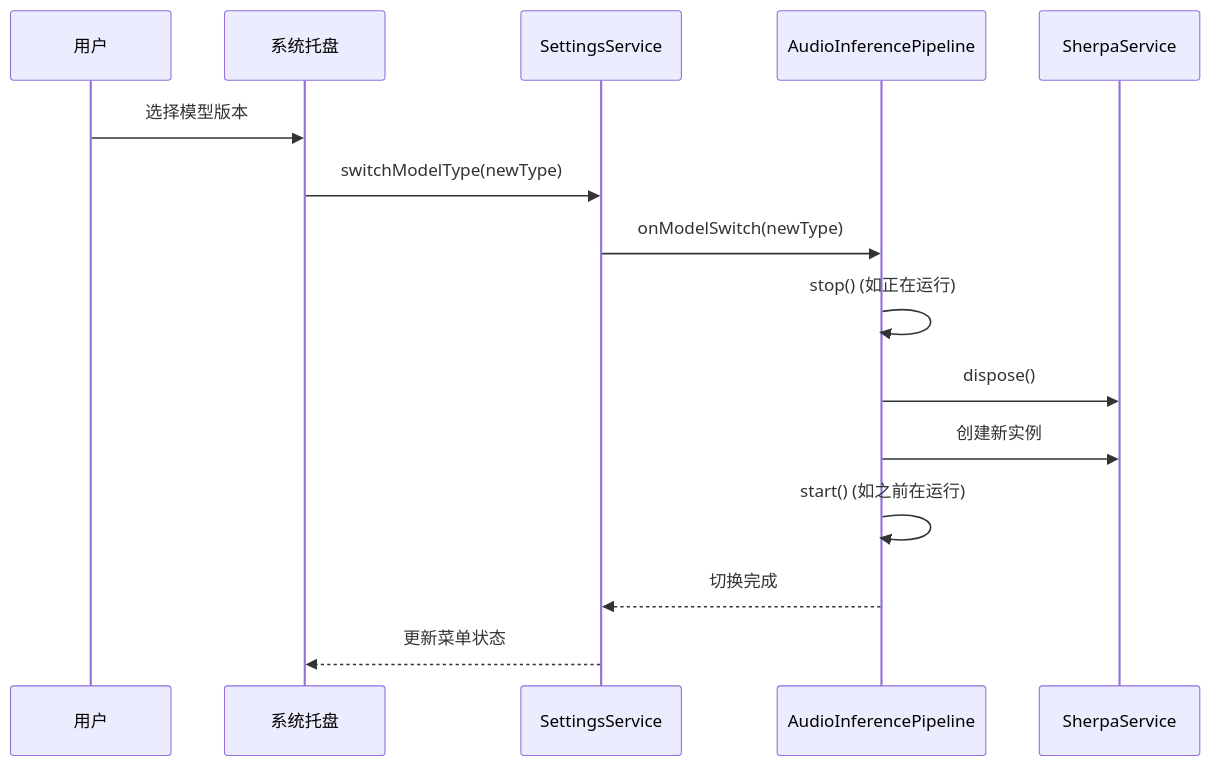
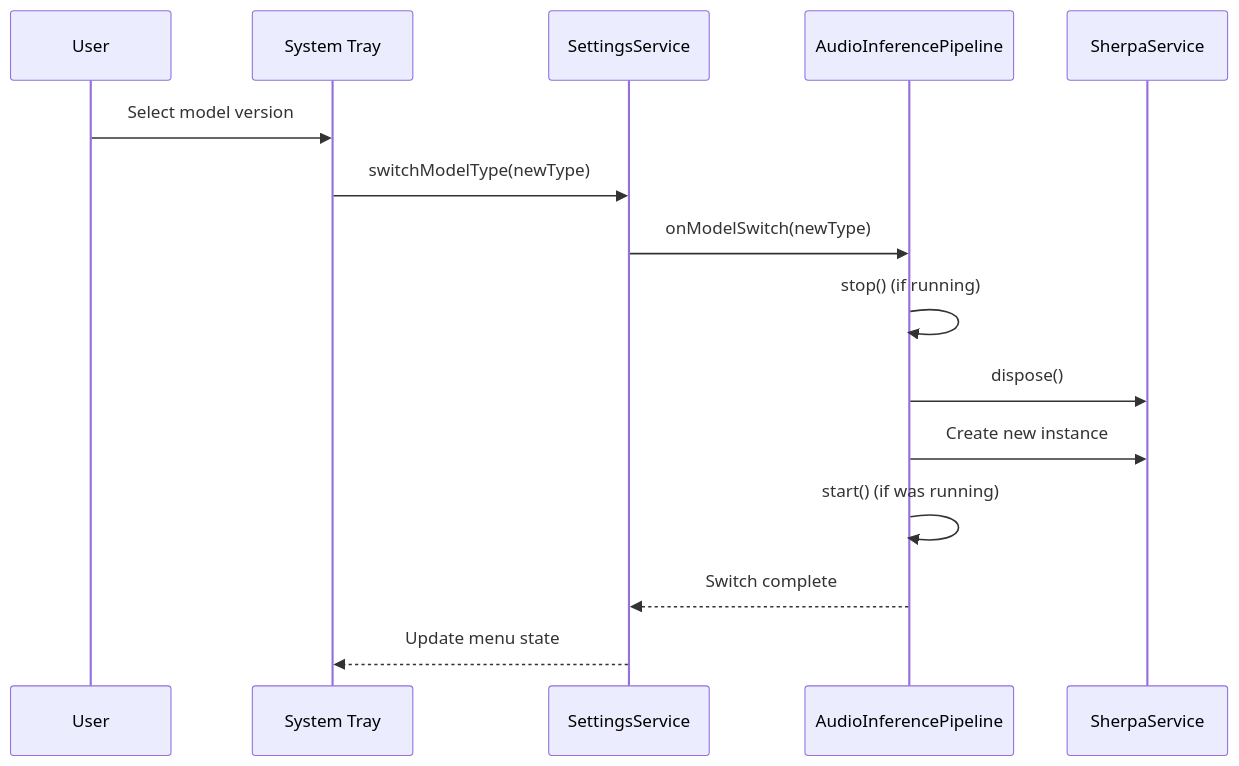
One commit to gonewx/nextalk changed the second of 2 diagrams in docs/architecture.md. Above: the diagram before and after it, drawn with Mermaid. The commit also changed other lines of this file and 13 other files, not shown here.

````diff
--- a/docs/architecture.md
+++ b/docs/architecture.md
@@ -231,18 +232,18 @@
 ```mermaid
 sequenceDiagram
-    participant User as 用户
-    participant Tray as 系统托盘
+    participant User as User
+    participant Tray as System Tray
     participant Settings as SettingsService
     participant Pipeline as AudioInferencePipeline
     participant Sherpa as SherpaService
 
-    User->>Tray: 选择模型版本
+    User->>Tray: Select model version
     Tray->>Settings: switchModelType(newType)
     Settings->>Pipeline: onModelSwitch(newType)
-    Pipeline->>Pipeline: stop() (如正在运行)
+    Pipeline->>Pipeline: stop() (if running)
     Pipeline->>Sherpa: dispose()
-    Pipeline->>Sherpa: 创建新实例
-    Pipeline->>Pipeline: start() (如之前在运行)
-    Pipeline-->>Settings: 切换完成
-    Settings-->>Tray: 更新菜单状态
+    Pipeline->>Sherpa: Create new instance
+    Pipeline->>Pipeline: start() (if was running)
+    Pipeline-->>Settings: Switch complete
+    Settings-->>Tray: Update menu state
 ```
````
